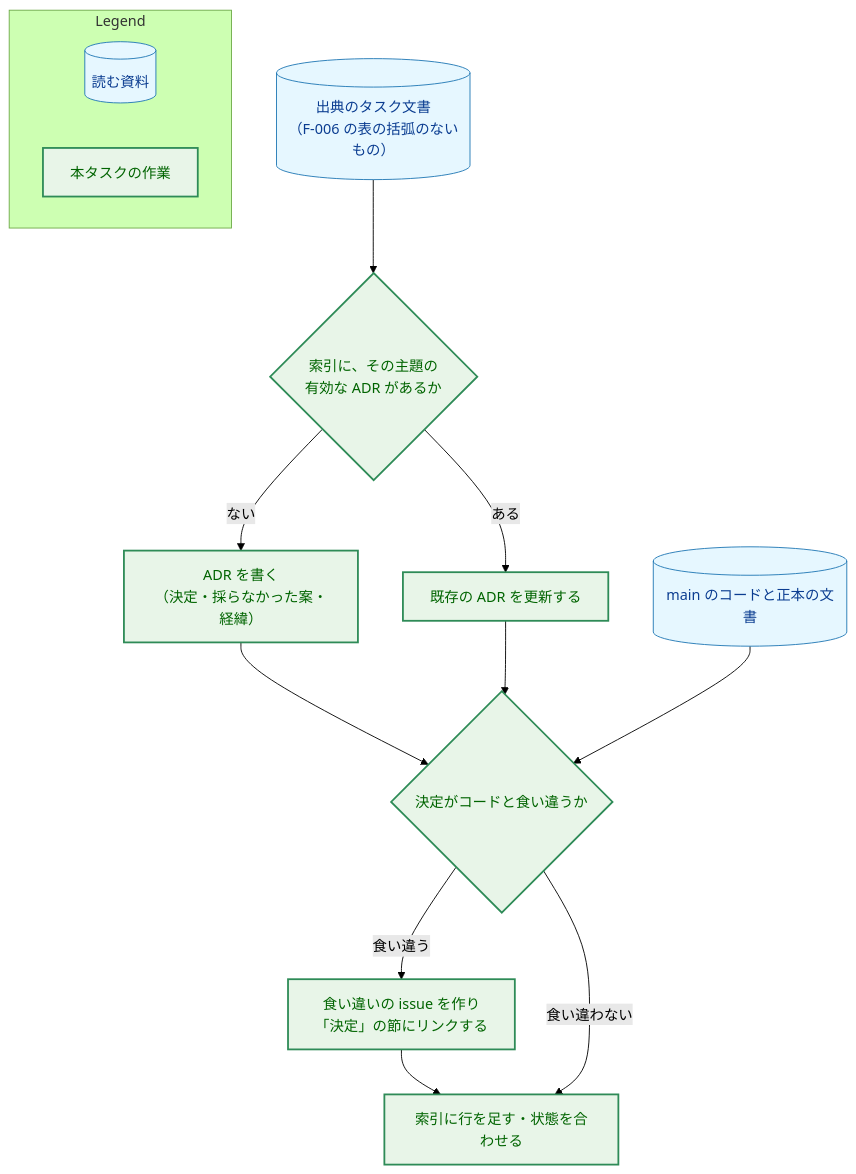
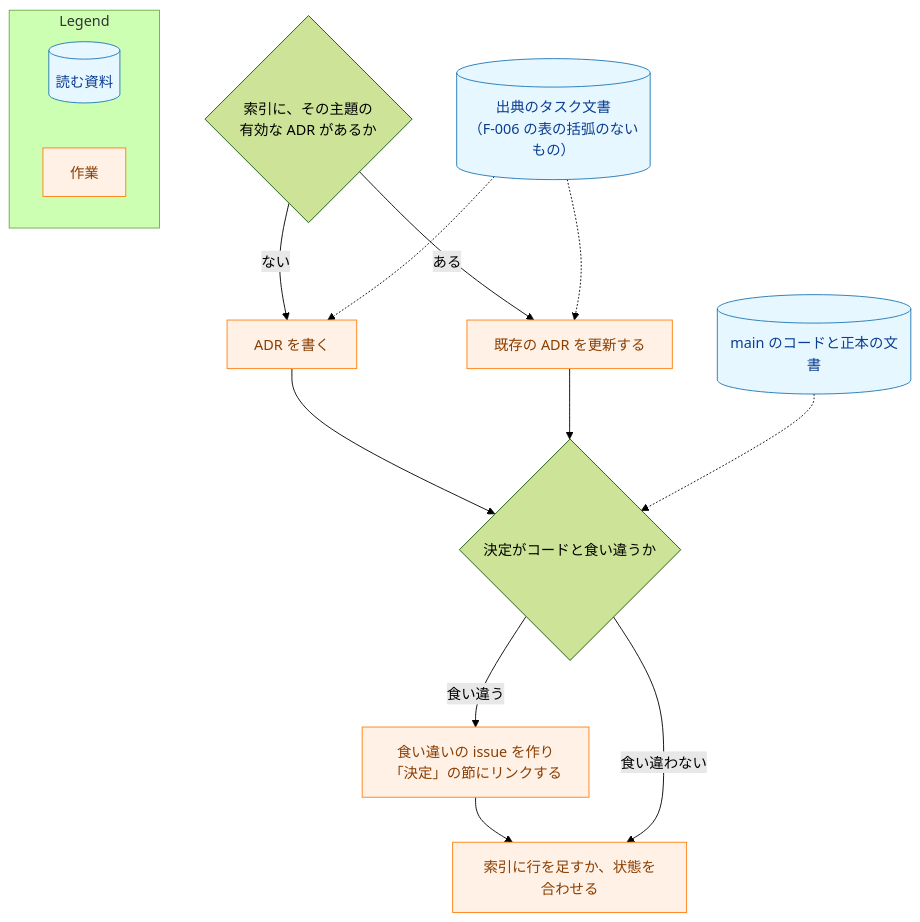
One commit to isseis/yt2column changed the sixth of 6 diagrams in docs/tasks/0060_adr_records/02_architecture.md. Above: the diagram before and after it, drawn with Mermaid (forest theme). The commit also changed other lines of this file, not shown here.

First line of the commit message:
docs(0060): address the architecture review findings

````diff
--- a/docs/tasks/0060_adr_records/02_architecture.md
+++ b/docs/tasks/0060_adr_records/02_architecture.md
@@ -523,33 +623,34 @@
 ```mermaid
 flowchart TD
     classDef data fill:#e6f7ff,stroke:#1f77b4,stroke-width:1px,color:#0b3d91;
-    classDef enhanced fill:#e8f5e8,stroke:#2e8b57,stroke-width:2px,color:#006400;
+    classDef process fill:#fff1e6,stroke:#ff7f0e,stroke-width:1px,color:#8a3e00;
 
     SRC[("出典のタスク文書<br>（F-006 の表の括弧のないもの）")]
     CODE[("main のコードと正本の文書")]
     IDX{"索引に、その主題の<br>有効な ADR があるか"}
-    WRITE["ADR を書く<br>（決定・採らなかった案・経緯）"]
+    WRITE["ADR を書く"]
     EXTEND["既存の ADR を更新する"]
     CHECK{"決定がコードと食い違うか"}
     ISSUE["食い違いの issue を作り<br>「決定」の節にリンクする"]
-    DONE["索引に行を足す・状態を合わせる"]
+    DONE["索引に行を足すか、状態を合わせる"]
 
-    SRC --> IDX
     IDX -->|"ない"| WRITE
     IDX -->|"ある"| EXTEND
     WRITE --> CHECK
     EXTEND --> CHECK
-    CODE --> CHECK
     CHECK -->|"食い違う"| ISSUE --> DONE
     CHECK -->|"食い違わない"| DONE
+    SRC -.-> WRITE
+    SRC -.-> EXTEND
+    CODE -.-> CHECK
 
     class SRC,CODE data
-    class IDX,WRITE,EXTEND,CHECK,ISSUE,DONE enhanced
+    class WRITE,EXTEND,ISSUE,DONE process
 
     subgraph Legend["Legend"]
         L1[("読む資料")]
-        L2["本タスクの作業"]
+        L2["作業"]
     end
     class L1 data
-    class L2 enhanced
+    class L2 process
 ```
````
